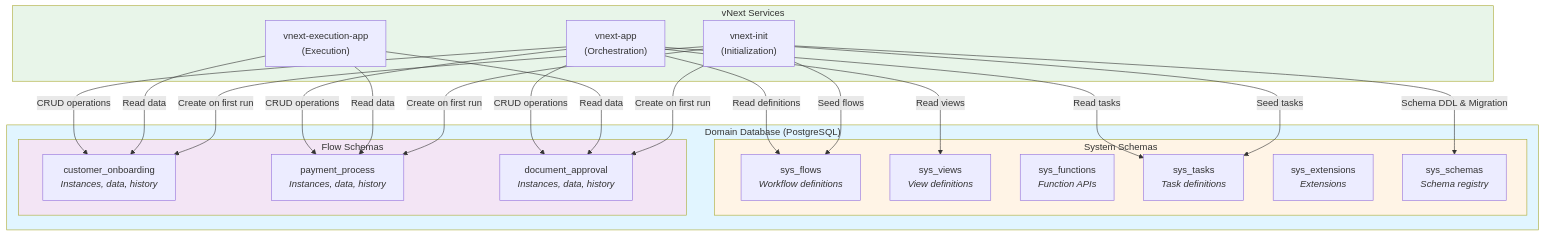
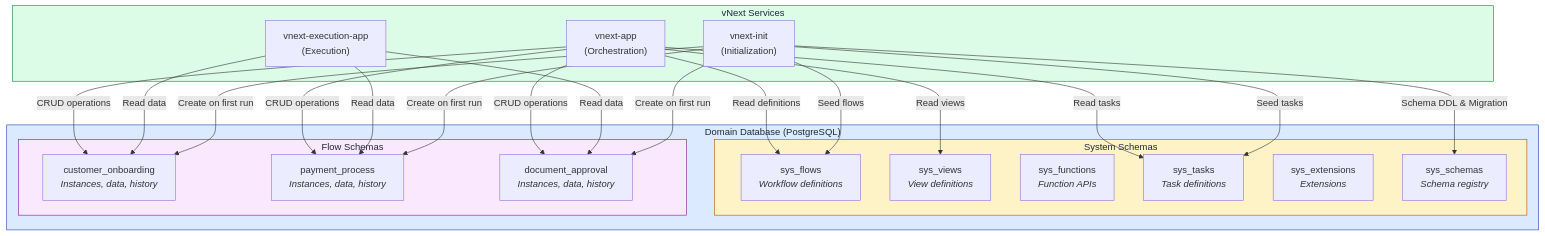
Before and after one commit to burgan-tech/vnext-docs: the sixth of 6 diagrams in i18n/en/docusaurus-plugin-content-docs-architecture/current/data/database.md, drawn with Mermaid. The commit also changed other lines of this file and 14 other files, not shown here.

Commit message:
Diagram updated

````diff
--- a/i18n/en/docusaurus-plugin-content-docs-architecture/current/data/database.md
+++ b/i18n/en/docusaurus-plugin-content-docs-architecture/current/data/database.md
@@ -158,48 +171,48 @@
 ```mermaid
 graph TB
     subgraph services["vNext Services"]
         orchestration["vnext-app<br/>(Orchestration)"]
         execution["vnext-execution-app<br/>(Execution)"]
         init["vnext-init<br/>(Initialization)"]
     end
     
     subgraph database["Domain Database (PostgreSQL)"]
         subgraph system["System Schemas"]
             sys_flows["sys_flows<br/><i>Workflow definitions</i>"]
             sys_views["sys_views<br/><i>View definitions</i>"]
             sys_functions["sys_functions<br/><i>Function APIs</i>"]
             sys_tasks["sys_tasks<br/><i>Task definitions</i>"]
             sys_extensions["sys_extensions<br/><i>Extensions</i>"]
             sys_schemas["sys_schemas<br/><i>Schema registry</i>"]
         end
         
         subgraph flows["Flow Schemas"]
             flow1["customer_onboarding<br/><i>Instances, data, history</i>"]
             flow2["payment_process<br/><i>Instances, data, history</i>"]
             flow3["document_approval<br/><i>Instances, data, history</i>"]
         end
     end
     
     orchestration -->|Read definitions| sys_flows
     orchestration -->|Read views| sys_views
     orchestration -->|Read tasks| sys_tasks
     orchestration -->|CRUD operations| flow1
     orchestration -->|CRUD operations| flow2
     orchestration -->|CRUD operations| flow3
     
     execution -->|Read data| flow1
     execution -->|Read data| flow2
     execution -->|Read data| flow3
     
     init -->|Schema DDL & Migration| sys_schemas
     init -->|Seed flows| sys_flows
     init -->|Seed tasks| sys_tasks
     init -->|Create on first run| flow1
     init -->|Create on first run| flow2
     init -->|Create on first run| flow3
     
-    style database fill:#e1f5ff
-    style system fill:#fff4e6
-    style flows fill:#f3e5f5
-    style services fill:#e8f5e9
+    style database fill:#dbeafe,stroke:#1e40af,color:#1e293b
+    style system fill:#fef3c7,stroke:#b45309,color:#1e293b
+    style flows fill:#fae8ff,stroke:#86198f,color:#1e293b
+    style services fill:#dcfce7,stroke:#15803d,color:#1e293b
 ```
````
